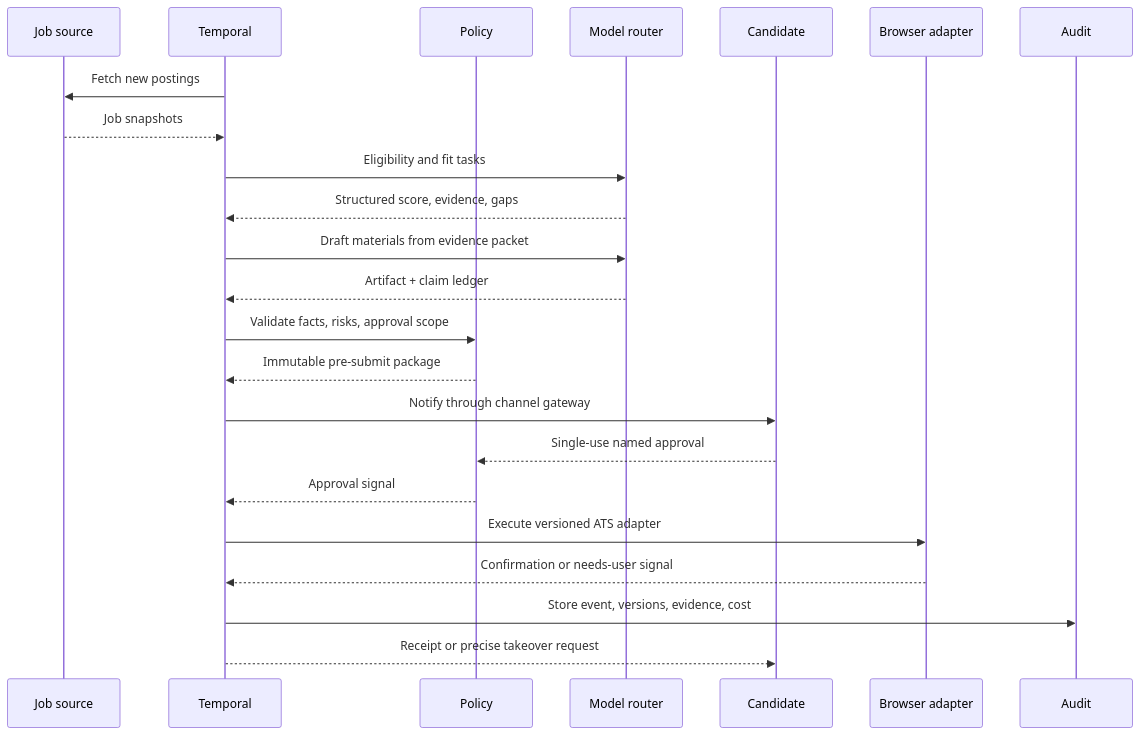
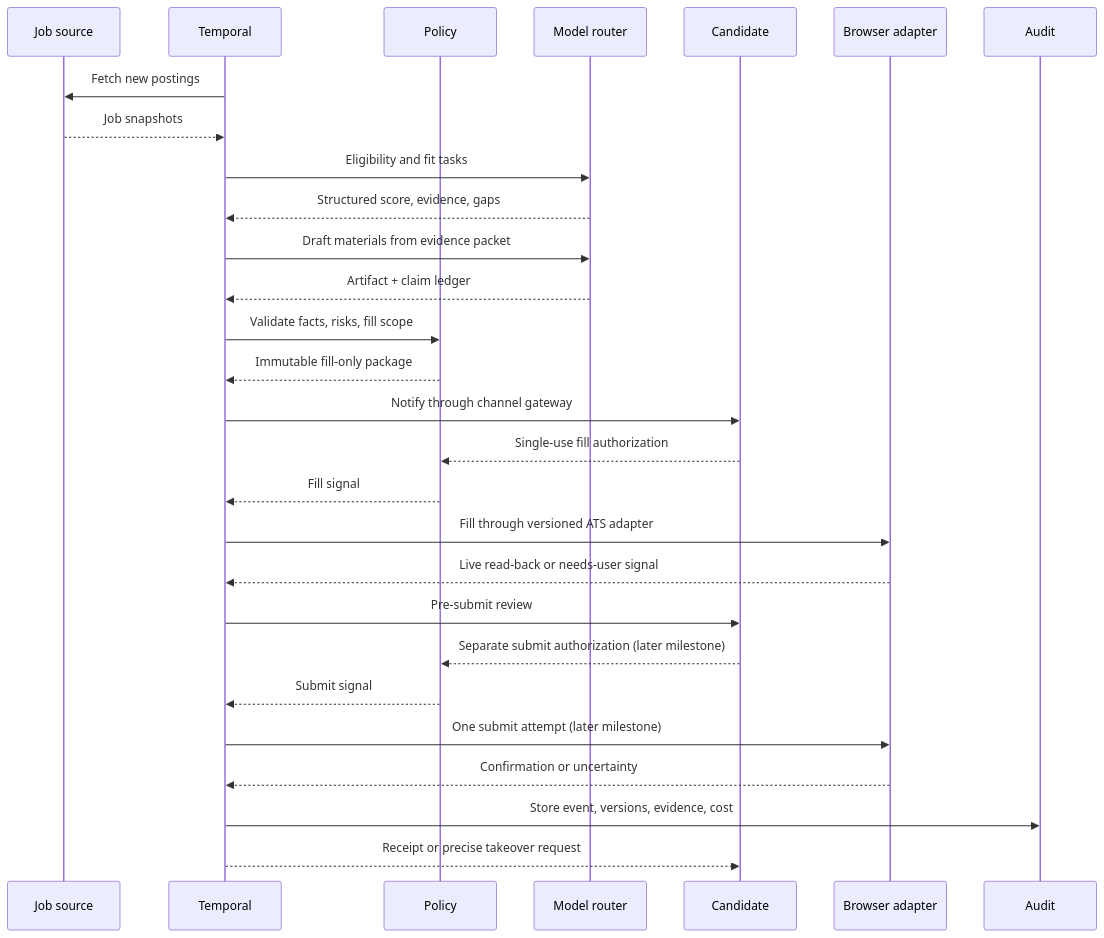
The second of 3 diagrams in docs/architecture/system-architecture.md (zackrichland/roledawn), drawn with Mermaid before and after one commit. The commit also changed other lines of this file and 589 other files, not shown here.

````diff
--- a/docs/architecture/system-architecture.md
+++ b/docs/architecture/system-architecture.md
@@ -200,26 +229,31 @@
 ```mermaid
 sequenceDiagram
     participant J as Job source
     participant T as Temporal
     participant P as Policy
     participant M as Model router
     participant C as Candidate
     participant B as Browser adapter
     participant A as Audit
 
     T->>J: Fetch new postings
     J-->>T: Job snapshots
     T->>M: Eligibility and fit tasks
     M-->>T: Structured score, evidence, gaps
     T->>M: Draft materials from evidence packet
     M-->>T: Artifact + claim ledger
-    T->>P: Validate facts, risks, approval scope
-    P-->>T: Immutable pre-submit package
+    T->>P: Validate facts, risks, fill scope
+    P-->>T: Immutable fill-only package
     T->>C: Notify through channel gateway
-    C-->>P: Single-use named approval
-    P-->>T: Approval signal
-    T->>B: Execute versioned ATS adapter
-    B-->>T: Confirmation or needs-user signal
+    C-->>P: Single-use fill authorization
+    P-->>T: Fill signal
+    T->>B: Fill through versioned ATS adapter
+    B-->>T: Live read-back or needs-user signal
+    T->>C: Pre-submit review
+    C-->>P: Separate submit authorization (later milestone)
+    P-->>T: Submit signal
+    T->>B: One submit attempt (later milestone)
+    B-->>T: Confirmation or uncertainty
     T->>A: Store event, versions, evidence, cost
     T-->>C: Receipt or precise takeover request
 ```
````
